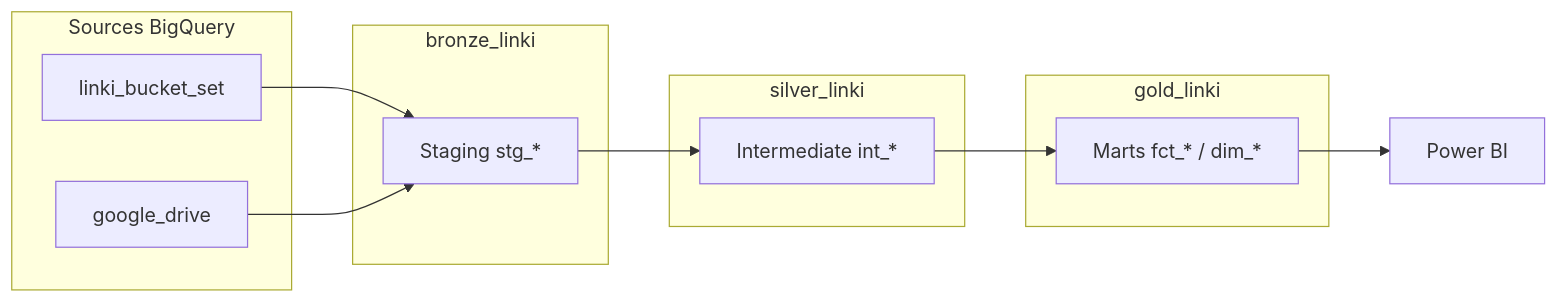
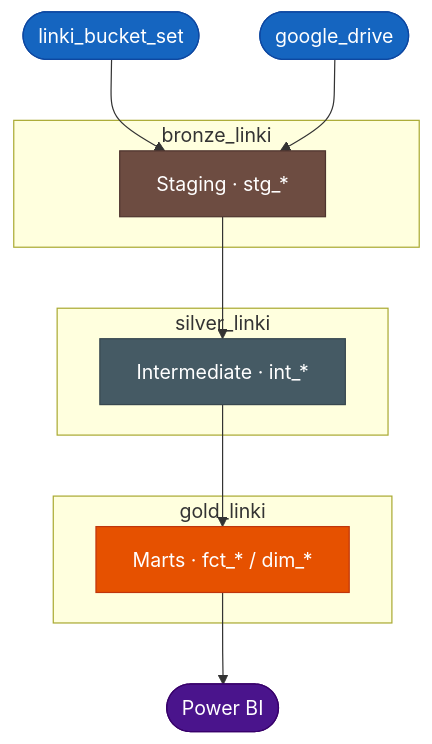
One commit to ballates/linkyhub_dbt changed the diagram in models/overview.md. Above: the diagram before and after it, drawn with Mermaid.

````diff
--- a/models/overview.md
+++ b/models/overview.md
@@ -27,25 +27,28 @@
 ```mermaid
-flowchart LR
-    subgraph SRC[Sources BigQuery]
-        S1[linki_bucket_set]
-        S2[google_drive]
-    end
+flowchart TD
+    classDef src fill:#1565C0,color:#fff,stroke:#0D47A1
+    classDef bronze fill:#6D4C41,color:#fff,stroke:#4E342E
+    classDef silver fill:#455A64,color:#fff,stroke:#37474F
+    classDef gold fill:#E65100,color:#fff,stroke:#BF360C
+    classDef pbi fill:#4A148C,color:#fff,stroke:#38006B
+
+    S1([linki_bucket_set]):::src
+    S2([google_drive]):::src
 
     subgraph BRONZE[bronze_linki]
-        STG[Staging stg_*]
+        STG[Staging · stg_*]:::bronze
     end
 
     subgraph SILVER[silver_linki]
-        INT[Intermediate int_*]
+        INT[Intermediate · int_*]:::silver
     end
 
     subgraph GOLD[gold_linki]
-        MRT[Marts fct_* / dim_*]
+        MRT[Marts · fct_* / dim_*]:::gold
     end
 
-    S1 --> STG
-    S2 --> STG
+    S1 & S2 --> STG
     STG --> INT
     INT --> MRT
-    MRT --> PBI[Power BI]
+    MRT --> PBI([Power BI]):::pbi
 ```
````
